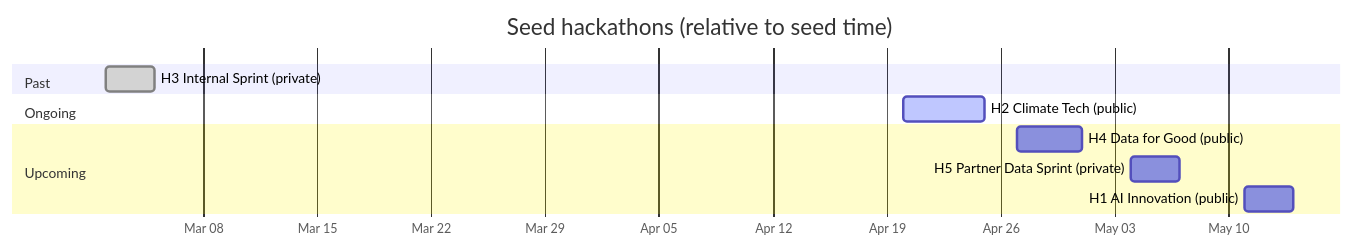
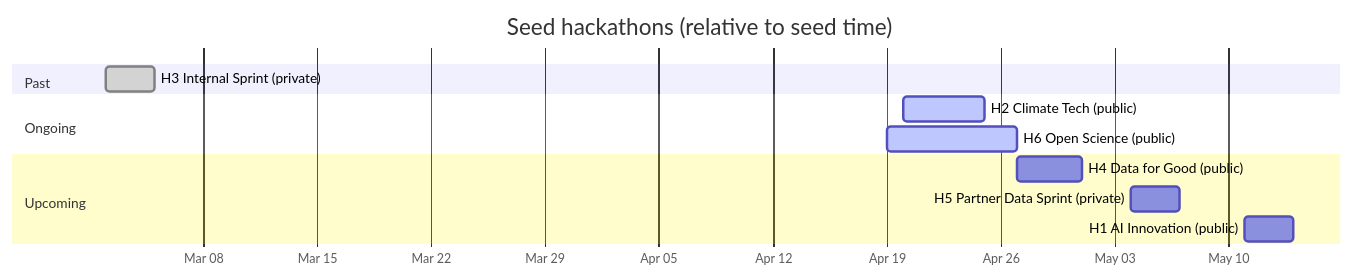
The diagram in components/backend/cmd/seed/README.md (SwissDataScienceCenter/hackagon), drawn with Mermaid before and after one commit. The commit also changed other lines of this file and 4 other files, not shown here.

````diff
--- a/components/backend/cmd/seed/README.md
+++ b/components/backend/cmd/seed/README.md
@@ -129,17 +235,18 @@
 ```mermaid
 gantt
     title Seed hackathons (relative to seed time)
     dateFormat YYYY-MM-DD
     axisFormat %b %d
 
     section Past
     H3 Internal Sprint (private)    :done, 2026-03-02, 3d
 
     section Ongoing
     H2 Climate Tech (public)        :active, 2026-04-20, 5d
+    H6 Open Science (public)        :active, 2026-04-19, 8d
 
     section Upcoming
     H4 Data for Good (public)        :2026-04-27, 4d
     H5 Partner Data Sprint (private) :2026-05-04, 3d
     H1 AI Innovation (public)        :2026-05-11, 3d
 ```
````
